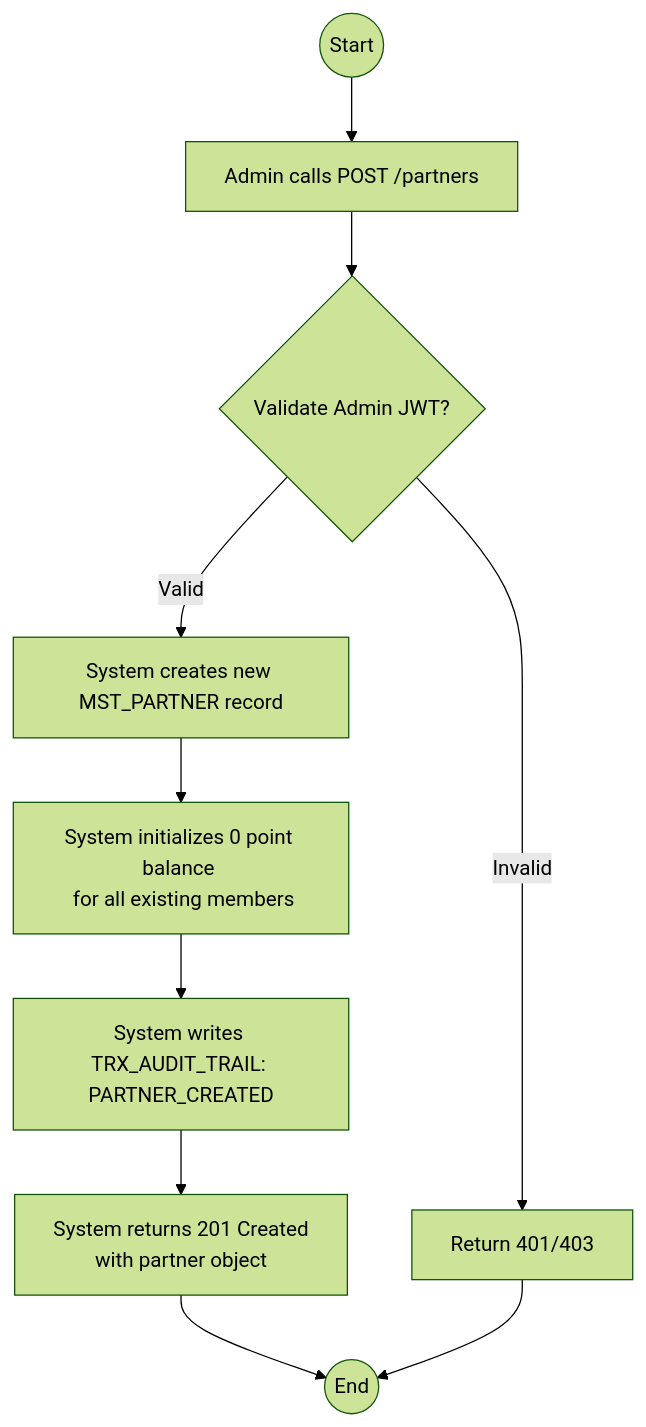
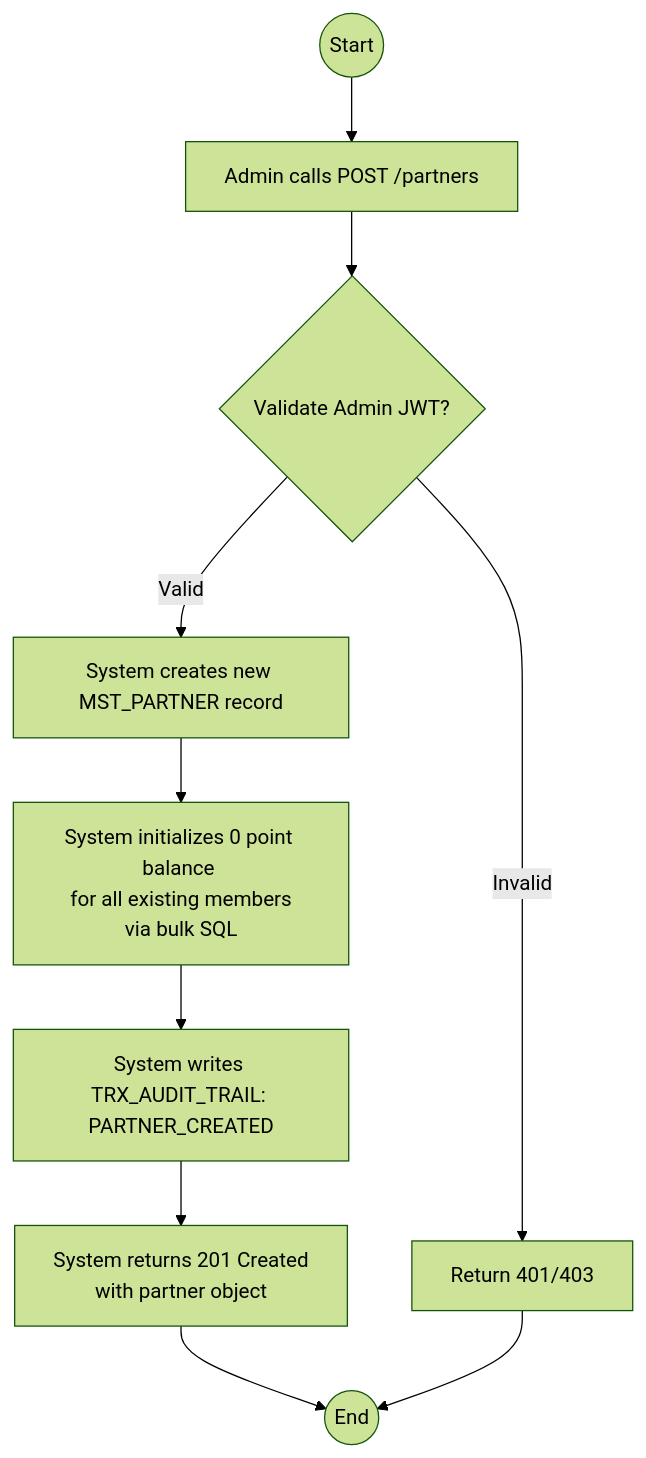
The second of 6 diagrams in activity.diagram.md (jtnqr/JDT-17-LOYALTY), drawn with Mermaid (forest theme) before and after one commit. The commit also changed other lines of this file and 2 other files, not shown here.

First line of the commit message:
docs: update activity/usecase diagrams and add redemption flowchart

````diff
--- a/activity.diagram.md
+++ b/activity.diagram.md
@@ -21,13 +22,13 @@
 ```mermaid
 flowchart TD
     Start((Start)) --> A[Admin calls POST /partners]
     A --> B{Validate Admin JWT?}
     B -- Invalid --> ERR1[Return 401/403]
     B -- Valid --> C[System creates new MST_PARTNER record]
-    C --> D[System initializes 0 point balance <br/> for all existing members]
+    C --> D[System initializes 0 point balance <br/> for all existing members via bulk SQL]
     D --> E[System writes TRX_AUDIT_TRAIL: PARTNER_CREATED]
     E --> F[System returns 201 Created <br/> with partner object]
     F --> End((End))
     
     ERR1 --> End
 ```
````
